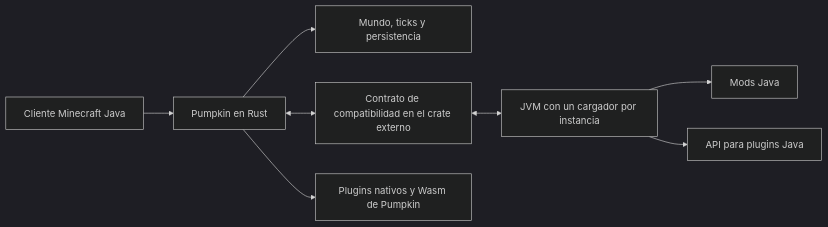
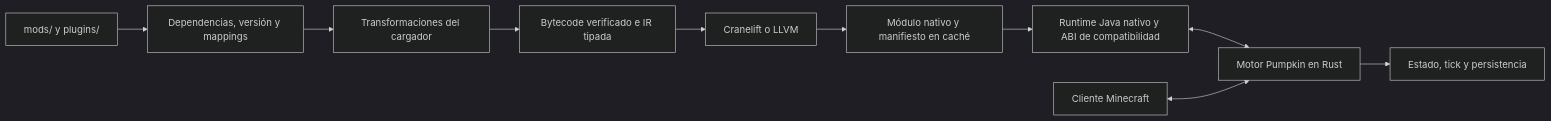
Before and after one commit to brunoulis/Pumpkin-Hybrid: the diagram in pumpkin-hybrid-compat/docs/hybrid/ARCHITECTURE.md, drawn with Mermaid (dark theme). The commit also changed other lines of this file and 8 other files, not shown here.

Commit message:
docs(compat): establish the native-first AOT architecture

````diff
--- a/pumpkin-hybrid-compat/docs/hybrid/ARCHITECTURE.md
+++ b/pumpkin-hybrid-compat/docs/hybrid/ARCHITECTURE.md
@@ -18,10 +18,12 @@
 ```mermaid
 flowchart LR
-    Client["Cliente Minecraft Java"] --> Core["Pumpkin en Rust"]
-    Core --> World["Mundo, ticks y persistencia"]
-    Core <--> Compat["Contrato de compatibilidad en el crate externo"]
-    Compat <--> Java["JVM con un cargador por instancia"]
-    Java --> Mods["Mods Java"]
-    Java --> Bukkit["API para plugins Java"]
-    Core --> Native["Plugins nativos y Wasm de Pumpkin"]
+    Jars["mods/ y plugins/"] --> Resolve["Dependencias, versión y mappings"]
+    Resolve --> Transform["Transformaciones del cargador"]
+    Transform --> IR["Bytecode verificado e IR tipada"]
+    IR --> Cranelift["Cranelift o LLVM"]
+    Cranelift --> Cache["Módulo nativo y manifiesto en caché"]
+    Cache --> Runtime["Runtime Java nativo y ABI de compatibilidad"]
+    Runtime <--> Pumpkin["Motor Pumpkin en Rust"]
+    Client["Cliente Minecraft"] <--> Pumpkin
+    Pumpkin --> World["Estado, tick y persistencia"]
 ```
````
